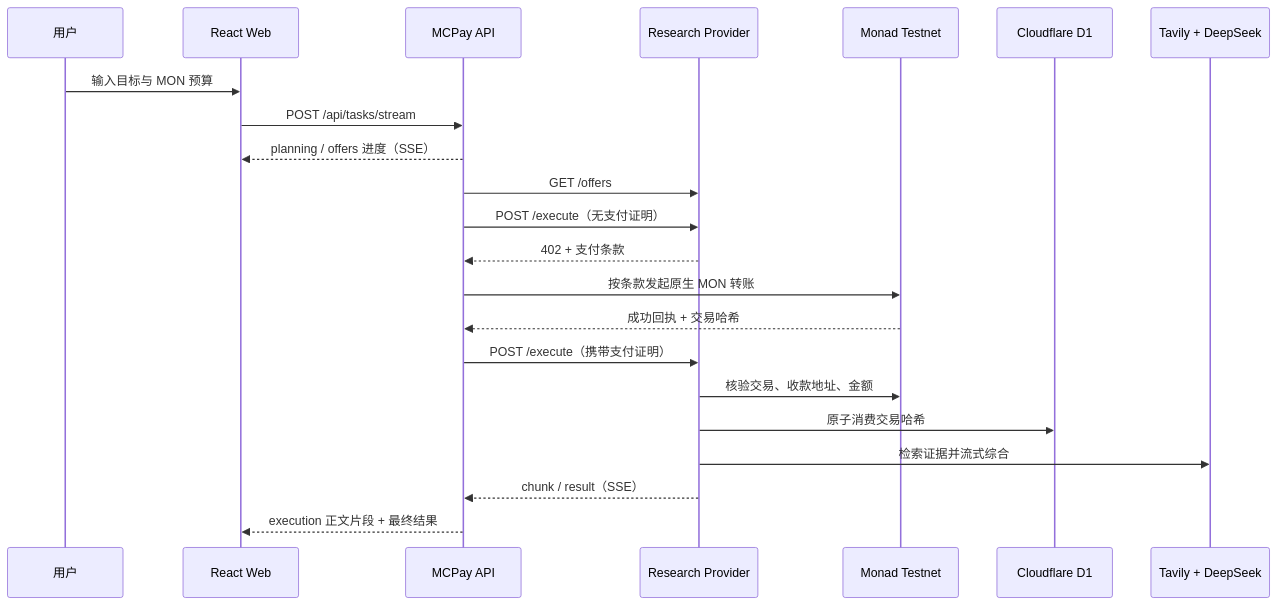
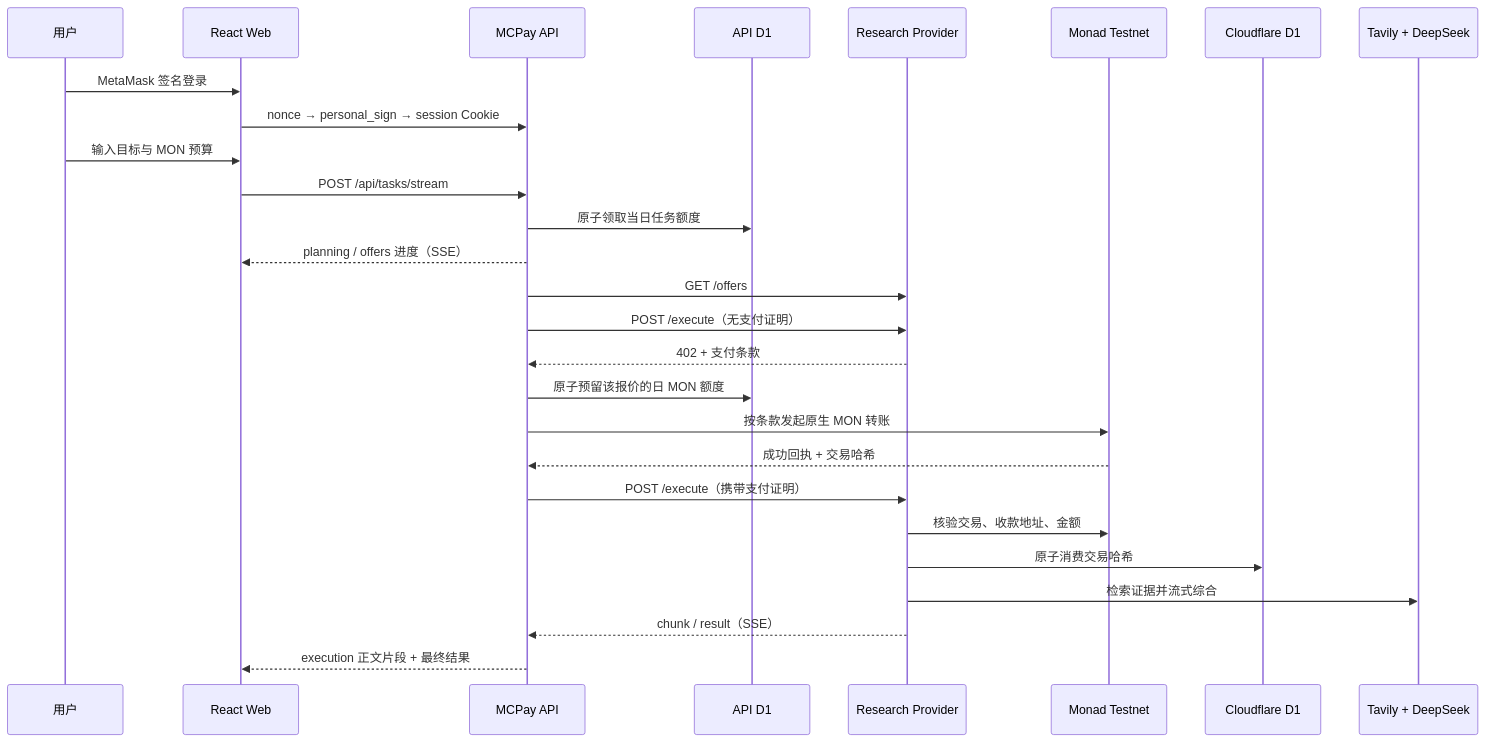
Before and after one commit to Mt-Youya/MCPay: the second of 2 diagrams in docs/SYSTEM-ARCHITECTURE.md, drawn with Mermaid. The commit also changed other lines of this file and 20 other files, not shown here.

````diff
--- a/docs/SYSTEM-ARCHITECTURE.md
+++ b/docs/SYSTEM-ARCHITECTURE.md
@@ -22,25 +24,30 @@
 ```mermaid
 sequenceDiagram
   participant User as 用户
   participant Web as React Web
   participant API as MCPay API
+  participant Access as API D1
   participant Provider as Research Provider
   participant Monad as Monad Testnet
   participant D1 as Cloudflare D1
   participant AI as Tavily + DeepSeek
 
+  User->>Web: MetaMask 签名登录
+  Web->>API: nonce → personal_sign → session Cookie
   User->>Web: 输入目标与 MON 预算
   Web->>API: POST /api/tasks/stream
+  API->>Access: 原子领取当日任务额度
   API-->>Web: planning / offers 进度（SSE）
   API->>Provider: GET /offers
   API->>Provider: POST /execute（无支付证明）
   Provider-->>API: 402 + 支付条款
+  API->>Access: 原子预留该报价的日 MON 额度
   API->>Monad: 按条款发起原生 MON 转账
   Monad-->>API: 成功回执 + 交易哈希
   API->>Provider: POST /execute（携带支付证明）
   Provider->>Monad: 核验交易、收款地址、金额
   Provider->>D1: 原子消费交易哈希
   Provider->>AI: 检索证据并流式综合
   Provider-->>API: chunk / result（SSE）
   API-->>Web: execution 正文片段 + 最终结果
 ```
````
